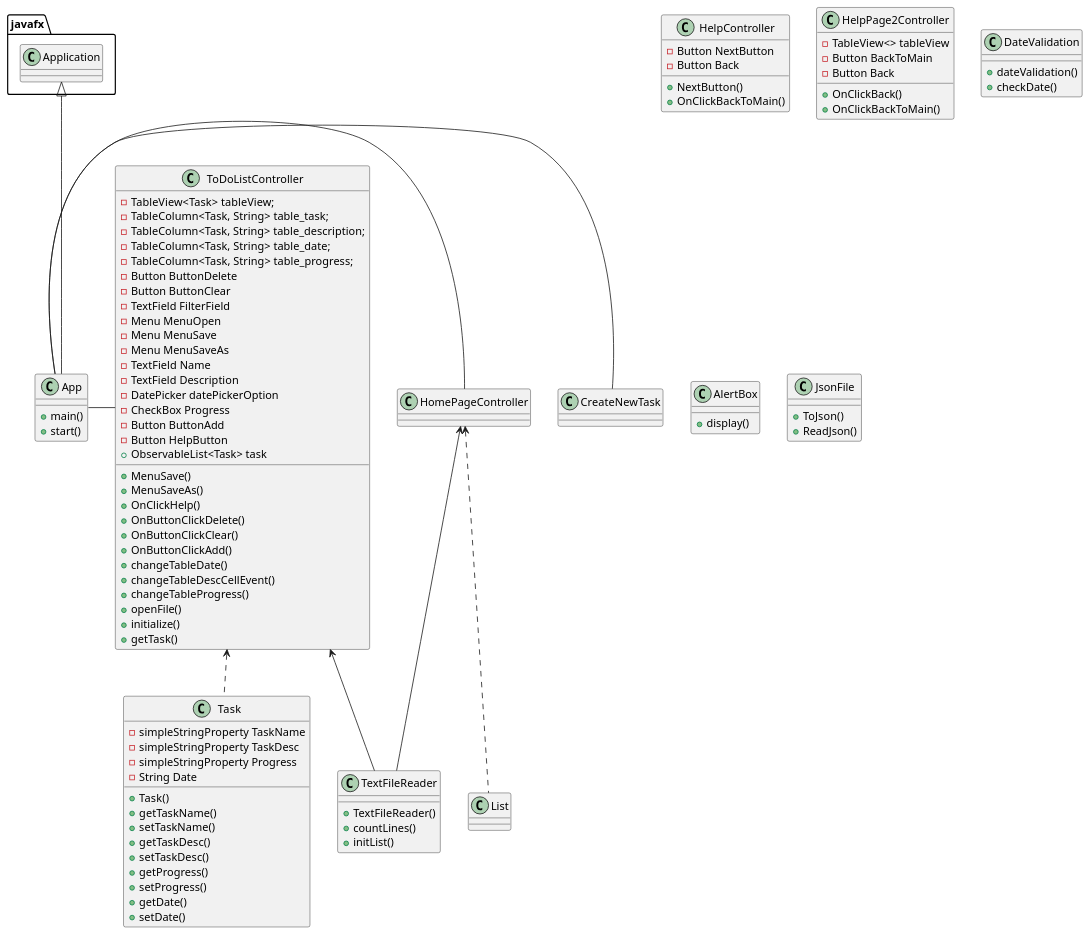
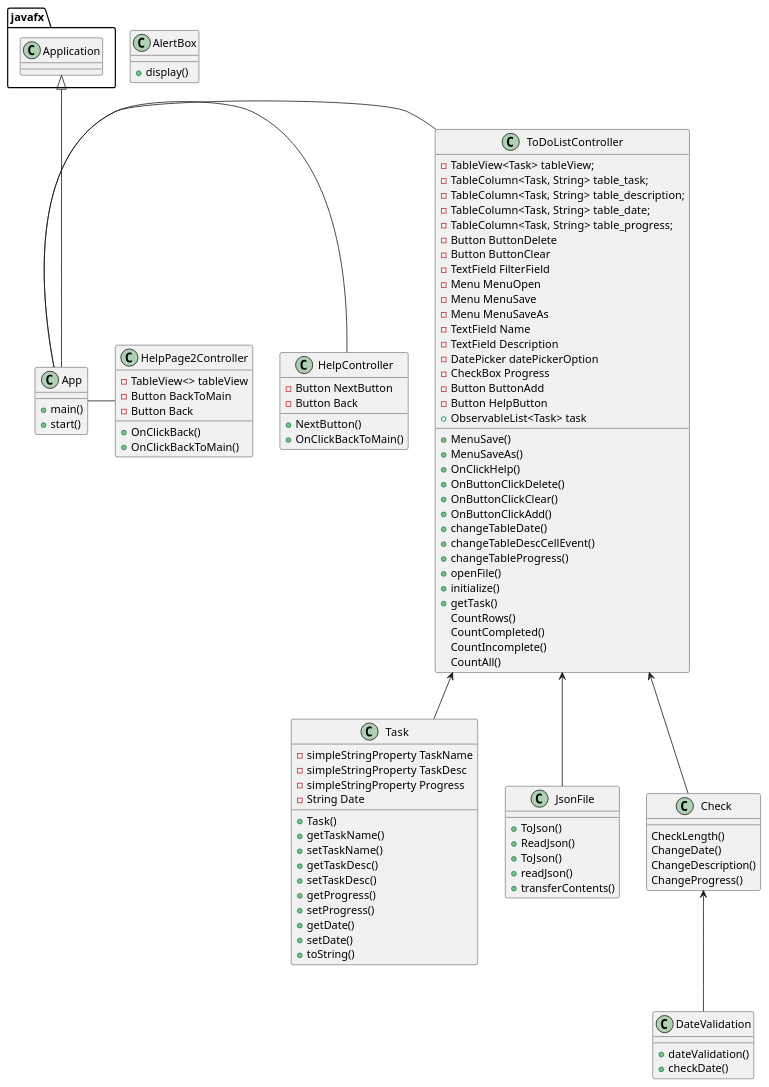
One commit to LeonieAlex/ToDoList-Program changed the diagram in uml/App.puml. Above: the diagram before and after it, drawn with PlantUML. The commit also changed 4 other files, not shown here.

```diff
--- a/uml/App.puml
+++ b/uml/App.puml
@@ -1,103 +1,115 @@
 @startuml
 'https://plantuml.com/class-diagram
 
 class ToDoListController {
 -TableView<Task> tableView;
 -TableColumn<Task, String> table_task;
 -TableColumn<Task, String> table_description;
 -TableColumn<Task, String> table_date;
 -TableColumn<Task, String> table_progress;
 -Button ButtonDelete
 -Button ButtonClear
 -TextField FilterField
 -Menu MenuOpen
 -Menu MenuSave
 -Menu MenuSaveAs
 -TextField Name
 -TextField Description
 -DatePicker datePickerOption
 -CheckBox Progress
 -Button ButtonAdd
 -Button HelpButton
 +ObservableList<Task> task
 
 +MenuSave()
 +MenuSaveAs()
 +OnClickHelp()
 +OnButtonClickDelete()
 +OnButtonClickClear()
 +OnButtonClickAdd()
 +changeTableDate()
 +changeTableDescCellEvent()
 +changeTableProgress()
 +openFile()
 +initialize()
 +getTask()
+CountRows()
+CountCompleted()
+CountIncomplete()
+CountAll()
 }
 
 class HelpController {
 -Button NextButton
 -Button Back
 +NextButton()
 +OnClickBackToMain()
 }
 
 class HelpPage2Controller {
 -TableView<> tableView
 -Button BackToMain
 -Button Back
 +OnClickBack()
 +OnClickBackToMain()
 }
 
 class Task{
 -simpleStringProperty TaskName
 -simpleStringProperty TaskDesc
 -simpleStringProperty Progress
 -String Date
 +Task()
 +getTaskName()
 +setTaskName()
 +getTaskDesc()
 +setTaskDesc()
 +getProgress()
 +setProgress()
 +getDate()
 +setDate()
++toString()
 }
 
 class DateValidation{
 +dateValidation()
 +checkDate()
 }
 
 class AlertBox{
 +display()
-}
-
-class TextFileReader{
-+TextFileReader()
-+countLines()
-+initList()
 }
 
 class JsonFile{
 +ToJson()
 +ReadJson()
 }
 
 class App{
 +main()
 +start()
 }
 
+class Check{
+CheckLength()
+ChangeDate()
+ChangeDescription()
+ChangeProgress()
+}
+
+class JsonFile{
++ToJson()
++readJson()
++transferContents()
+}
+
 javafx.Application <|-- App
-App - CreateNewTask
-App - HomePageController
 App - ToDoListController
-ToDoListController <.. Task
-HomePageController <.. List
-ToDoListController <-- TextFileReader
-HomePageController <-- TextFileReader
+App - HelpController
+App - HelpPage2Controller
+ToDoListController <-- Task
+ToDoListController <-- Check
+Check <-- DateValidation
+ToDoListController <-- JsonFile
 
 @enduml
```
